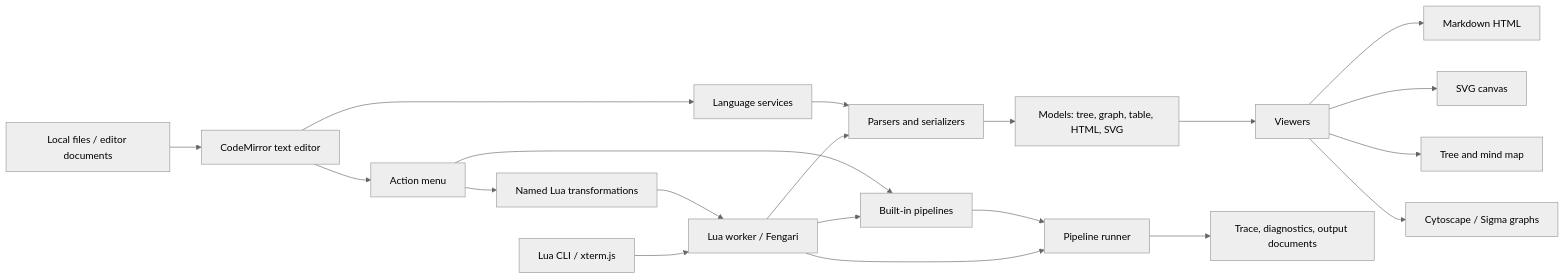
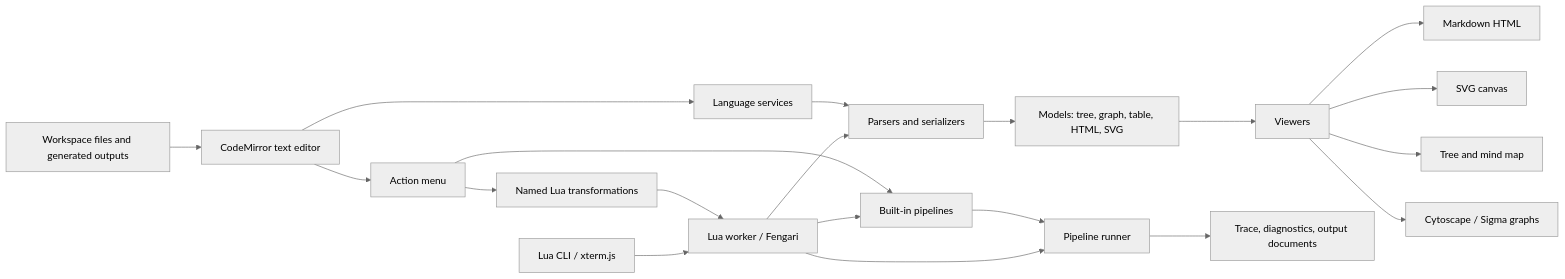
The first of 2 diagrams in src/resources/docs/papers/summary.md (NevynIt/TextForge), drawn with Mermaid (neutral theme) before and after one commit. The commit also changed other lines of this file and 6 other files, not shown here.

````diff
--- a/src/resources/docs/papers/summary.md
+++ b/src/resources/docs/papers/summary.md
@@ -35,25 +35,25 @@
 ```mermaid
 graph LR
-  A[Local files / editor documents] --> B[CodeMirror text editor]
+  A[Workspace files and generated outputs] --> B[CodeMirror text editor]
   B --> C[Language services]
   C --> D[Parsers and serializers]
   D --> E[Models: tree, graph, table, HTML, SVG]
 
   E --> F[Viewers]
   F --> F1[Markdown HTML]
   F --> F2[SVG canvas]
   F --> F3[Tree and mind map]
   F --> F4[Cytoscape / Sigma graphs]
 
   B --> G[Action menu]
   G --> H[Built-in pipelines]
   G --> I[Named Lua transformations]
   I --> J[Lua worker / Fengari]
   H --> K[Pipeline runner]
   J --> K
   K --> L[Trace, diagnostics, output documents]
 
   M[Lua CLI / xterm.js] --> J
   J --> D
   J --> H
 ```
````
